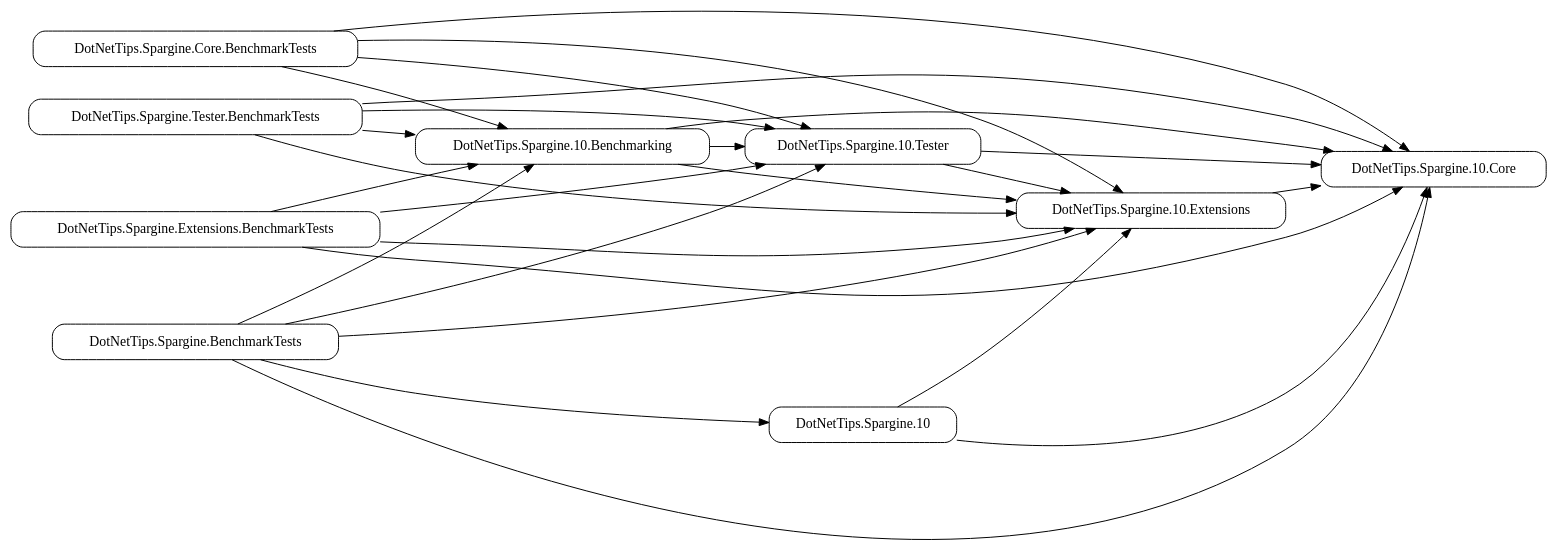
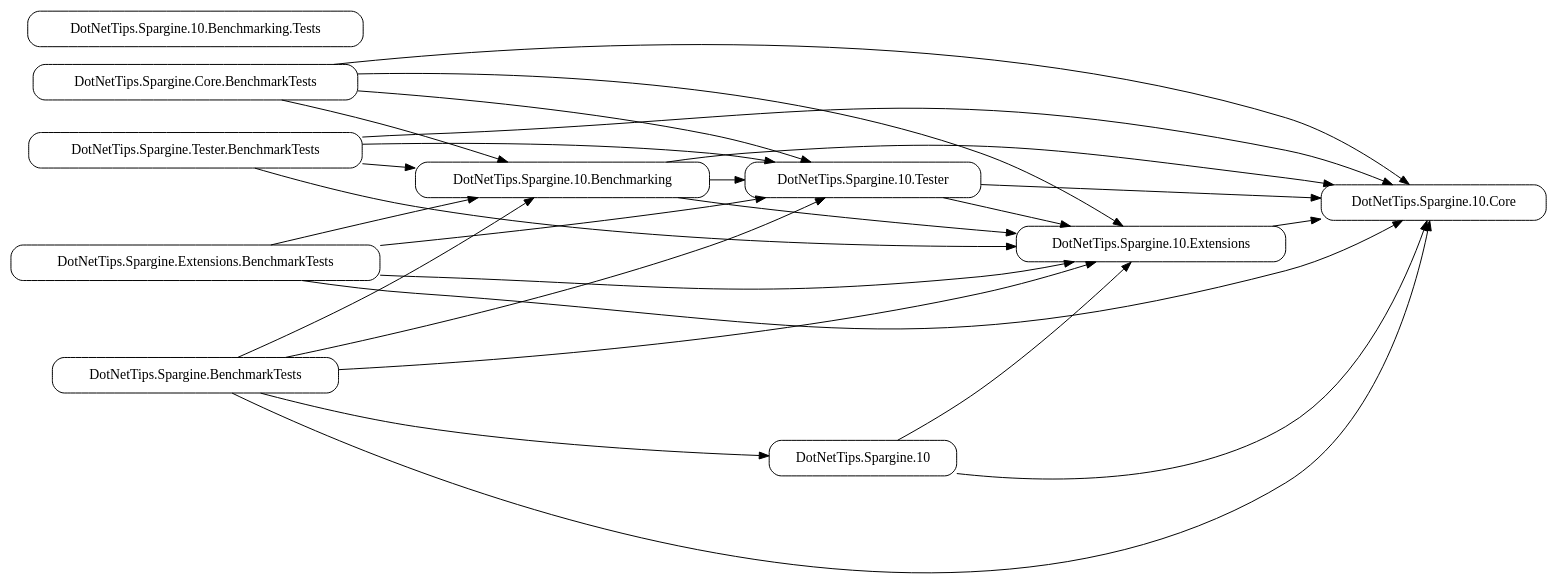
Before and after one commit to RealDotNetDave/dotNetTips.Spargine.10: the diagram in dependency-graph.dot, drawn with Graphviz. The commit also changed 1 other file, not shown here.

Commit message:
Add DotNetTips.Spargine.10.Benchmarking.Tests to graphs
The dependency graph DOT and Mermaid files now include a node for DotNetTips.Spargine.10.Benchmarking.Tests. No new edges were added; this update improves project dependency visualization accuracy by reflecting the new benchmarking test project.

```diff
--- a/dependency-graph.dot
+++ b/dependency-graph.dot
@@ -1,38 +1,39 @@
 digraph Dependencies {
     rankdir=LR;
     node [shape=box, style=rounded];
     nDotNetTips_Spargine_Tester_BenchmarkTests [label="DotNetTips.Spargine.Tester.BenchmarkTests"];
     nDotNetTips_Spargine_Core_BenchmarkTests [label="DotNetTips.Spargine.Core.BenchmarkTests"];
     nDotNetTips_Spargine_Extensions_BenchmarkTests [label="DotNetTips.Spargine.Extensions.BenchmarkTests"];
     nDotNetTips_Spargine_10_Benchmarking [label="DotNetTips.Spargine.10.Benchmarking"];
     nDotNetTips_Spargine_10_Extensions [label="DotNetTips.Spargine.10.Extensions"];
     nDotNetTips_Spargine_10_Tester [label="DotNetTips.Spargine.10.Tester"];
     nDotNetTips_Spargine_10_Core [label="DotNetTips.Spargine.10.Core"];
     nDotNetTips_Spargine_10 [label="DotNetTips.Spargine.10"];
     nDotNetTips_Spargine_BenchmarkTests [label="DotNetTips.Spargine.BenchmarkTests"];
+    nDotNetTips_Spargine_10_Benchmarking_Tests [label="DotNetTips.Spargine.10.Benchmarking.Tests"];
     nDotNetTips_Spargine_Tester_BenchmarkTests -> nDotNetTips_Spargine_10_Core;
     nDotNetTips_Spargine_Tester_BenchmarkTests -> nDotNetTips_Spargine_10_Extensions;
     nDotNetTips_Spargine_Tester_BenchmarkTests -> nDotNetTips_Spargine_10_Tester;
     nDotNetTips_Spargine_Tester_BenchmarkTests -> nDotNetTips_Spargine_10_Benchmarking;
     nDotNetTips_Spargine_Core_BenchmarkTests -> nDotNetTips_Spargine_10_Core;
     nDotNetTips_Spargine_Core_BenchmarkTests -> nDotNetTips_Spargine_10_Extensions;
     nDotNetTips_Spargine_Core_BenchmarkTests -> nDotNetTips_Spargine_10_Tester;
     nDotNetTips_Spargine_Core_BenchmarkTests -> nDotNetTips_Spargine_10_Benchmarking;
     nDotNetTips_Spargine_Extensions_BenchmarkTests -> nDotNetTips_Spargine_10_Core;
     nDotNetTips_Spargine_Extensions_BenchmarkTests -> nDotNetTips_Spargine_10_Extensions;
     nDotNetTips_Spargine_Extensions_BenchmarkTests -> nDotNetTips_Spargine_10_Tester;
     nDotNetTips_Spargine_Extensions_BenchmarkTests -> nDotNetTips_Spargine_10_Benchmarking;
     nDotNetTips_Spargine_10_Benchmarking -> nDotNetTips_Spargine_10_Core;
     nDotNetTips_Spargine_10_Benchmarking -> nDotNetTips_Spargine_10_Extensions;
     nDotNetTips_Spargine_10_Benchmarking -> nDotNetTips_Spargine_10_Tester;
     nDotNetTips_Spargine_10_Extensions -> nDotNetTips_Spargine_10_Core;
     nDotNetTips_Spargine_10_Tester -> nDotNetTips_Spargine_10_Core;
     nDotNetTips_Spargine_10_Tester -> nDotNetTips_Spargine_10_Extensions;
     nDotNetTips_Spargine_10 -> nDotNetTips_Spargine_10_Core;
     nDotNetTips_Spargine_10 -> nDotNetTips_Spargine_10_Extensions;
     nDotNetTips_Spargine_BenchmarkTests -> nDotNetTips_Spargine_10_Core;
     nDotNetTips_Spargine_BenchmarkTests -> nDotNetTips_Spargine_10_Extensions;
     nDotNetTips_Spargine_BenchmarkTests -> nDotNetTips_Spargine_10_Tester;
     nDotNetTips_Spargine_BenchmarkTests -> nDotNetTips_Spargine_10;
     nDotNetTips_Spargine_BenchmarkTests -> nDotNetTips_Spargine_10_Benchmarking;
 }
```
